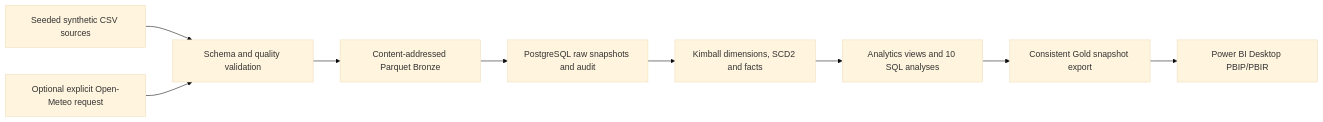
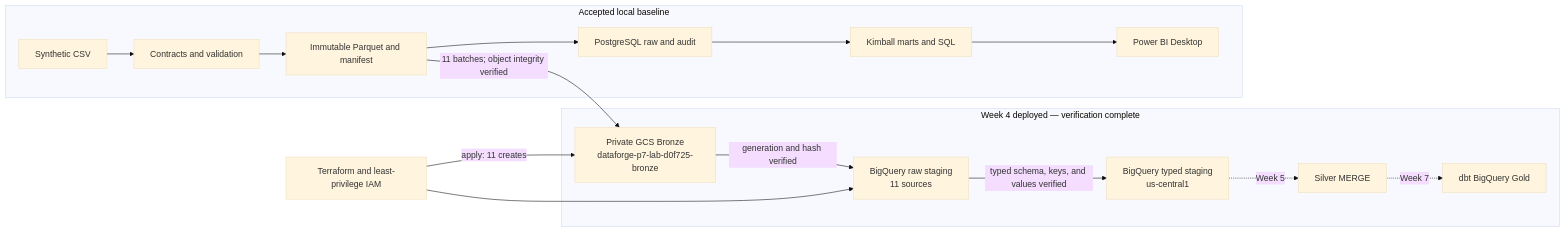
Before and after one commit to Dat071104/dataforge-commerce-platform: the diagram in README.md, drawn with Mermaid (base theme). The commit also changed other lines of this file and 82 other files, not shown here.

````diff
--- a/README.md
+++ b/README.md
@@ -11,11 +21,19 @@
-```mermaid
+~~~mermaid
 flowchart LR
-    A[Seeded synthetic CSV sources] --> B[Schema and quality validation]
-    B --> C[Content-addressed Parquet Bronze]
-    C --> D[PostgreSQL raw snapshots and audit]
-    D --> E[Kimball dimensions, SCD2 and facts]
-    E --> F[Analytics views and 10 SQL analyses]
-    F --> G[Consistent Gold snapshot export]
-    G --> H[Power BI Desktop PBIP/PBIR]
-    W[Optional explicit Open-Meteo request] --> B
-```
+  subgraph Local["Accepted local baseline"]
+    A[Synthetic CSV] --> B[Contracts and validation]
+    B --> C[Immutable Parquet and manifest]
+    C --> D[PostgreSQL raw and audit]
+    D --> E[Kimball marts and SQL]
+    E --> F[Power BI Desktop]
+  end
+  subgraph Cloud["Week 4 deployed — verification complete"]
+    C -->|11 batches; object integrity verified| G["Private GCS Bronze<br/>dataforge-p7-lab-d0f725-bronze"]
+    G -->|generation and hash verified| H["BigQuery raw staging<br/>11 sources"]
+    H -->|typed schema, keys, and values verified| I["BigQuery typed staging<br/>us-central1"]
+    I -. Week 5 .-> J[Silver MERGE]
+    J -. Week 7 .-> K[dbt BigQuery Gold]
+  end
+  T[Terraform and least-privilege IAM] -->|apply: 11 creates| G
+  T --> H
+~~~
````
